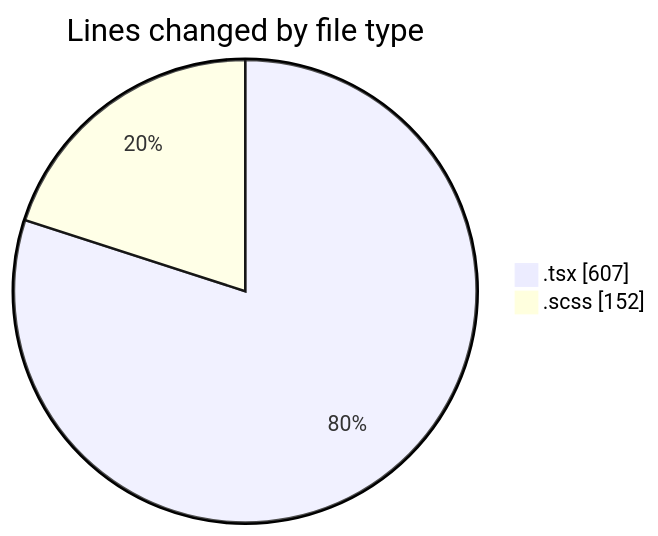
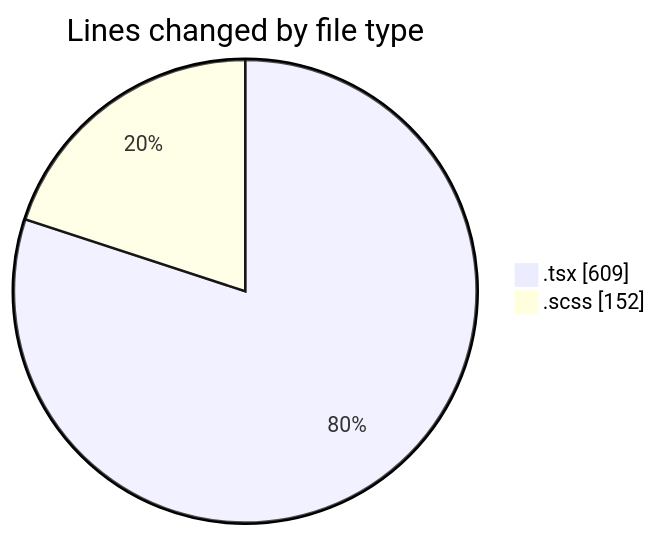
Before and after one commit to momahboobian/code-tracking: the first of 2 diagrams in 2025-10-01/cda/README.md, drawn with Mermaid. The commit also changed other lines of this file and 1 other file, not shown here.

````diff
--- a/2025-10-01/cda/README.md
+++ b/2025-10-01/cda/README.md
@@ -22,6 +22,6 @@
 ```mermaid
 pie showData
 title Lines changed by file type
-".tsx" : 607
+".tsx" : 609
 ".scss" : 152
 ```
````
